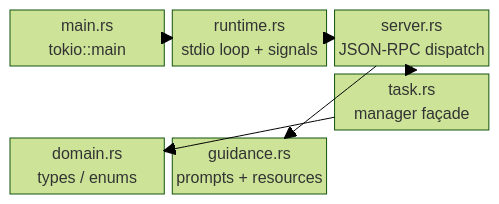
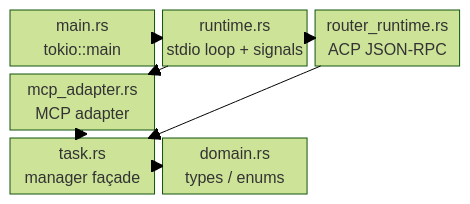
The diagram in docs/CODEMAPS/backend.md (0x7067/agent-bridge-mcp), drawn with Mermaid (forest theme) before and after one commit. The commit also changed other lines of this file and 32 other files, not shown here.

Commit message:
docs: align docs with acp adapter

````diff
--- a/docs/CODEMAPS/backend.md
+++ b/docs/CODEMAPS/backend.md
@@ -8,17 +8,18 @@
 ```mermaid
 block-beta
     columns 3
     MAIN["main.rs<br/>tokio::main"]:1
     RUNTIME["runtime.rs<br/>stdio loop + signals"]:1
-    SERVER["server.rs<br/>JSON-RPC dispatch"]:1
+    ROUTER["router_runtime.rs<br/>ACP JSON-RPC"]:1
+    ADAPTER["mcp_adapter.rs<br/>MCP adapter"]:1
     space:2
     TASK["task.rs<br/>manager façade"]:1
     DOMAIN["domain.rs<br/>types / enums"]:1
-    GUIDANCE["guidance.rs<br/>prompts + resources"]:1
 
     MAIN --> RUNTIME
-    RUNTIME --> SERVER
-    SERVER --> TASK
-    SERVER --> GUIDANCE
+    RUNTIME --> ROUTER
+    RUNTIME --> ADAPTER
+    ROUTER --> TASK
+    ADAPTER --> TASK
     TASK --> DOMAIN
 ```
````
